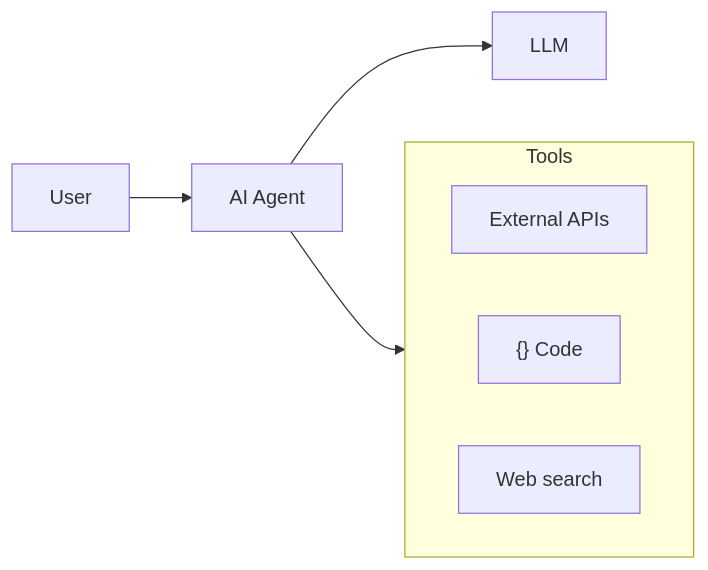
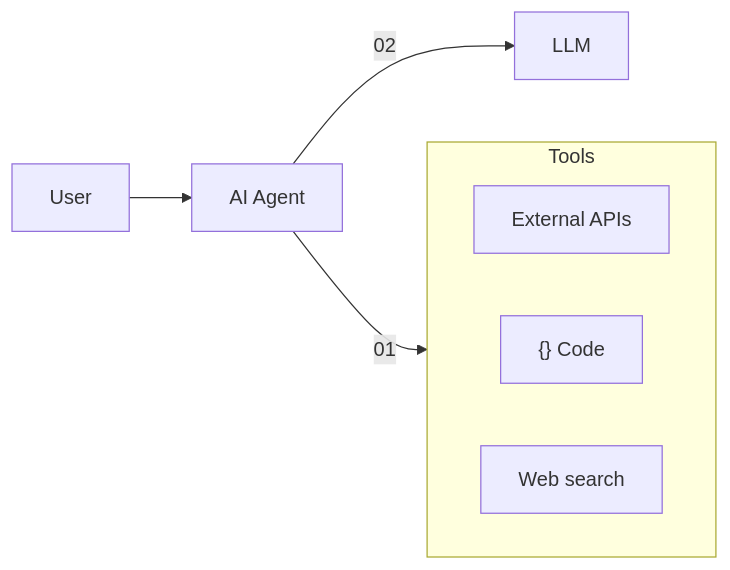
One commit to jpraychev/youtube changed the second of 2 diagrams in 001/README.md. Above: the diagram before and after it, drawn with Mermaid.

````diff
--- a/001/README.md
+++ b/001/README.md
@@ -67,14 +67,14 @@
 ```mermaid
 flowchart LR
     User[User] --> Agent[AI Agent]
-    Agent --> Tools
+    Agent --> | 01 | Tools
 
     subgraph Tools["  Tools  "]
         direction LR
         T1["External APIs"]
         T2["{} Code"]
         T3["Web search"]
     end
 
-    Agent --> LLM[LLM]
+    Agent --> | 02 | LLM[LLM]
 ```
````
